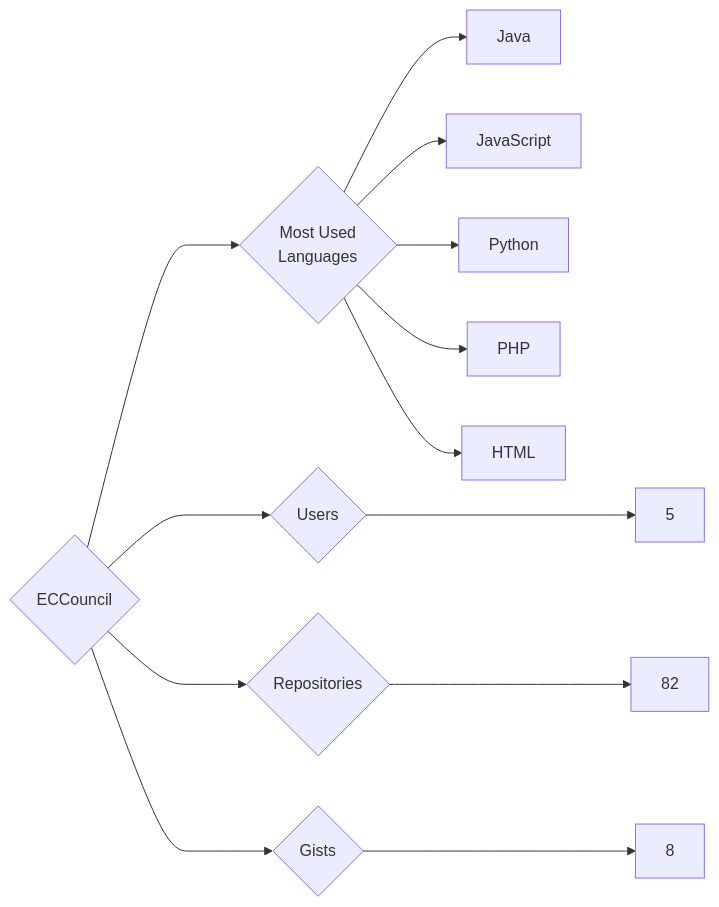
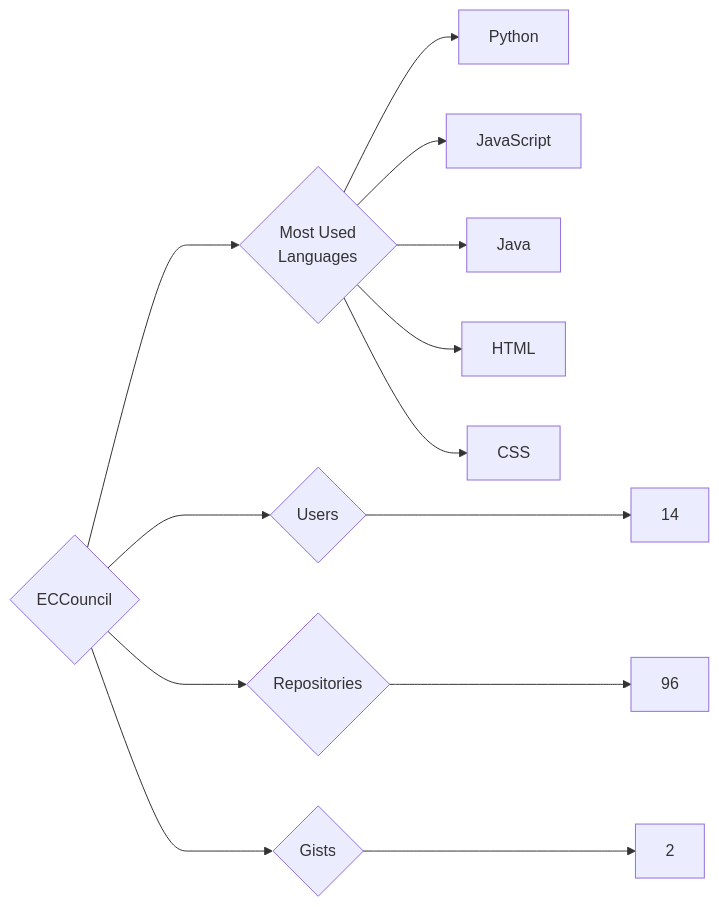
The diagram in targets/ECCouncil/README.md (trickest/insiders), drawn with Mermaid before and after one commit. The commit also changed 611 other files, not shown here.

````diff
--- a/targets/ECCouncil/README.md
+++ b/targets/ECCouncil/README.md
@@ -3,13 +3,13 @@
 ```mermaid
 graph LR
 COMPANY_NAME{ECCouncil}
-COMPANY_NAME ---> U{Users} ---> UN[5]
-COMPANY_NAME ---> R{Repositories} ---> RN[82]
-COMPANY_NAME ---> G{Gists} ---> GN[8]
+COMPANY_NAME ---> U{Users} ---> UN[14]
+COMPANY_NAME ---> R{Repositories} ---> RN[96]
+COMPANY_NAME ---> G{Gists} ---> GN[2]
 COMPANY_NAME ---> ML{Most Used<br>Languages}
+ML --> Python[Python]
+ML --> JavaScript[JavaScript]
 ML --> Java[Java]
-ML --> JavaScript[JavaScript]
-ML --> Python[Python]
-ML --> PHP[PHP]
 ML --> HTML[HTML]
+ML --> CSS[CSS]
 ```
````
